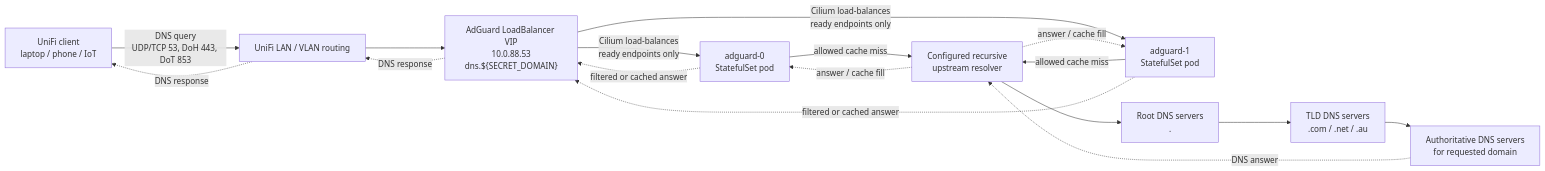
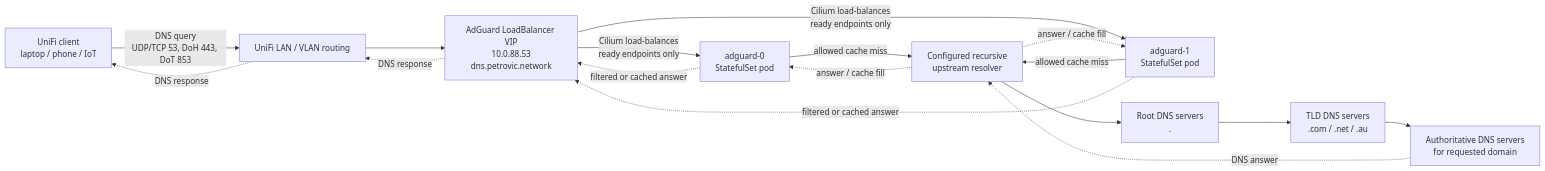
Before and after one commit to adampetrovic/home-ops: the diagram in kubernetes/apps/network/adguard/README.md, drawn with Mermaid. The commit also changed other lines of this file and 239 other files, not shown here.

First line of the commit message:
fix: bootstrap staged single-source flow

````diff
--- a/kubernetes/apps/network/adguard/README.md
+++ b/kubernetes/apps/network/adguard/README.md
@@ -31,19 +31,19 @@
 ```mermaid
 flowchart LR
     C["UniFi client\nlaptop / phone / IoT"] -->|"DNS query\nUDP/TCP 53, DoH 443, DoT 853"| U["UniFi LAN / VLAN routing"]
-    U --> VIP["AdGuard LoadBalancer VIP\n10.0.88.53\ndns.${SECRET_DOMAIN}"]
+    U --> VIP["AdGuard LoadBalancer VIP\n10.0.88.53\ndns.petrovic.network"]
     VIP -->|"Cilium load-balances\nready endpoints only"| A0["adguard-0\nStatefulSet pod"]
     VIP -->|"Cilium load-balances\nready endpoints only"| A1["adguard-1\nStatefulSet pod"]
     A0 -->|"allowed cache miss"| R["Configured recursive\nupstream resolver"]
     A1 -->|"allowed cache miss"| R
     R --> Root["Root DNS servers\n."]
     Root --> TLD["TLD DNS servers\n.com / .net / .au"]
     TLD --> Auth["Authoritative DNS servers\nfor requested domain"]
     Auth -. "DNS answer" .-> R
     R -. "answer / cache fill" .-> A0
     R -. "answer / cache fill" .-> A1
     A0 -. "filtered or cached answer" .-> VIP
     A1 -. "filtered or cached answer" .-> VIP
     VIP -. "DNS response" .-> U
     U -. "DNS response" .-> C
 ```
````
